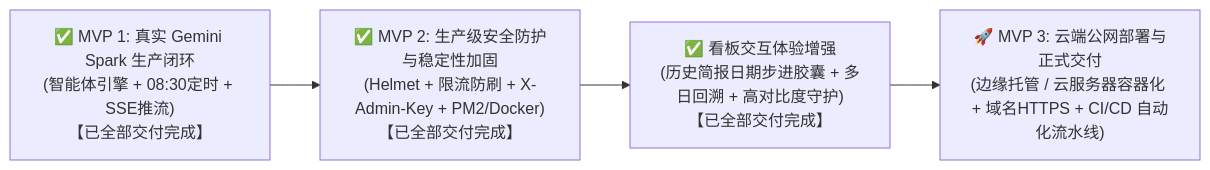
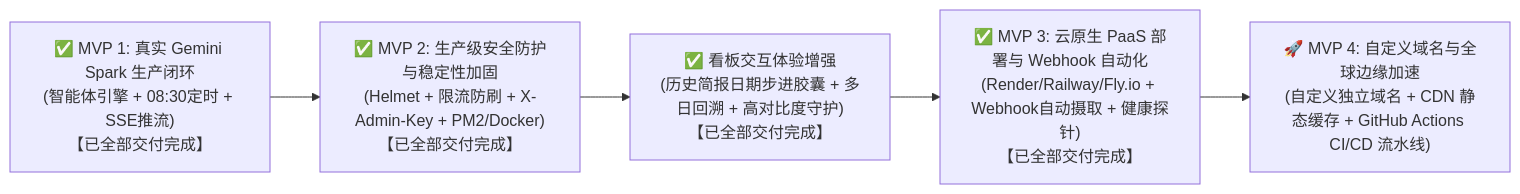
One commit to Shawn-cz/gemini-spark-news changed the second of 2 diagrams in HANDOVER.md. Above: the diagram before and after it, drawn with Mermaid. The commit also changed other lines of this file and 2 other files, not shown here.

Commit message:
test(e2e): add webhook ingest validation to pipeline and update handover archive

````diff
--- a/HANDOVER.md
+++ b/HANDOVER.md
@@ -274,4 +314,4 @@
 ```mermaid
 flowchart LR
-    MVP1["✅ MVP 1: 真实 Gemini Spark 生产闭环\n(智能体引擎 + 08:30定时 + SSE推流)\n【已全部交付完成】"] --> MVP2["✅ MVP 2: 生产级安全防护与稳定性加固\n(Helmet + 限流防刷 + X-Admin-Key + PM2/Docker)\n【已全部交付完成】"] --> FEATURE3["✅ 看板交互体验增强\n(历史简报日期步进胶囊 + 多日回溯 + 高对比度守护)\n【已全部交付完成】"] --> MVP3["🚀 MVP 3: 云端公网部署与正式交付\n(边缘托管 / 云服务器容器化 + 域名HTTPS + CI/CD 自动化流水线)"]
+    MVP1["✅ MVP 1: 真实 Gemini Spark 生产闭环\n(智能体引擎 + 08:30定时 + SSE推流)\n【已全部交付完成】"] --> MVP2["✅ MVP 2: 生产级安全防护与稳定性加固\n(Helmet + 限流防刷 + X-Admin-Key + PM2/Docker)\n【已全部交付完成】"] --> FEATURE3["✅ 看板交互体验增强\n(历史简报日期步进胶囊 + 多日回溯 + 高对比度守护)\n【已全部交付完成】"] --> MVP3["✅ MVP 3: 云原生 PaaS 部署与 Webhook 自动化\n(Render/Railway/Fly.io + Webhook自动摄取 + 健康探针)\n【已全部交付完成】"] --> MVP4["🚀 MVP 4: 自定义域名与全球边缘加速\n(自定义独立域名 + CDN 静态缓存 + GitHub Actions CI/CD 流水线)"]
 ```
````
